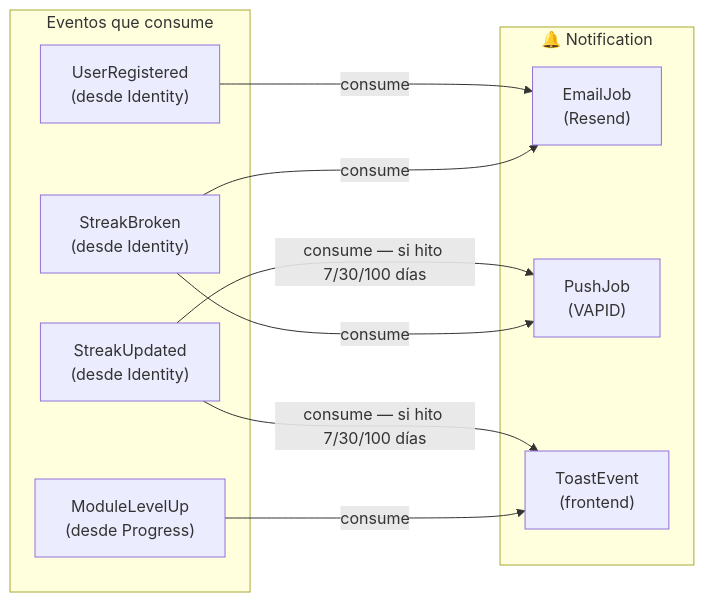
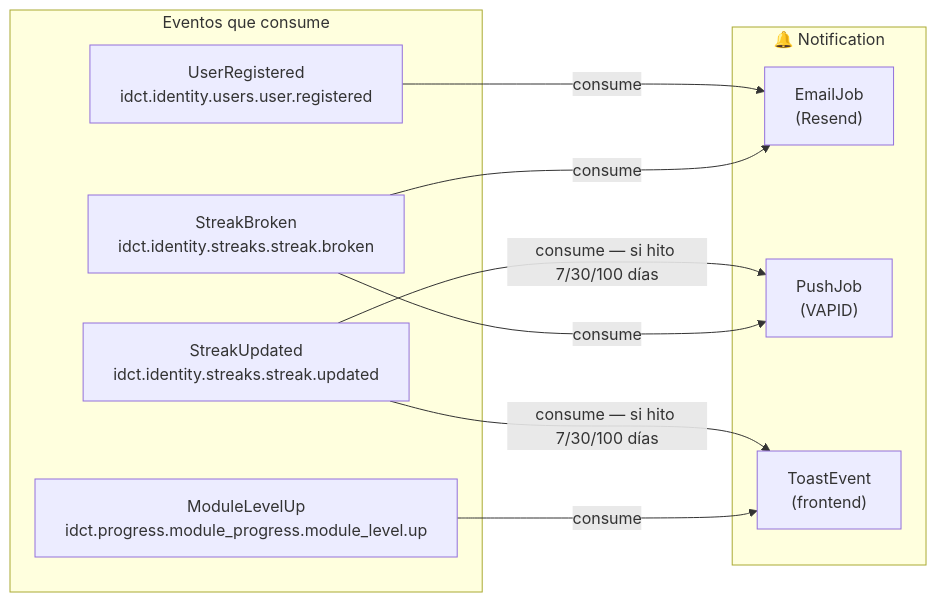
The seventh of 7 diagrams in docs/domain/bounded-contexts-detail.md (AbrahamVilchesDeLaCruz/ididntcatchthat), drawn with Mermaid before and after one commit. The commit also changed other lines of this file and 4 other files, not shown here.

Commit message:
docs: update event flow documentation with detailed exchanges and triggers

````diff
--- a/docs/domain/bounded-contexts-detail.md
+++ b/docs/domain/bounded-contexts-detail.md
@@ -235,22 +236,22 @@
 ```mermaid
 graph LR
     subgraph Consumes ["Eventos que consume"]
-        C1["UserRegistered\n(desde Identity)"]
-        C2["StreakUpdated\n(desde Identity)"]
-        C3["StreakBroken\n(desde Identity)"]
-        C4["ModuleLevelUp\n(desde Progress)"]
+        C1["UserRegistered\nidct.identity.users.user.registered"]
+        C2["StreakUpdated\nidct.identity.streaks.streak.updated"]
+        C3["StreakBroken\nidct.identity.streaks.streak.broken"]
+        C4["ModuleLevelUp\nidct.progress.module_progress.module_level.up"]
     end
 
     subgraph Notification ["🔔 Notification"]
         EJ["EmailJob\n(Resend)"]
         PJ["PushJob\n(VAPID)"]
         TJ["ToastEvent\n(frontend)"]
     end
 
     C1 -->|consume| EJ
     C2 -->|consume — si hito 7/30/100 días| TJ
     C2 -->|consume — si hito 7/30/100 días| PJ
     C3 -->|consume| EJ
     C3 -->|consume| PJ
     C4 -->|consume| TJ
 ```
````
